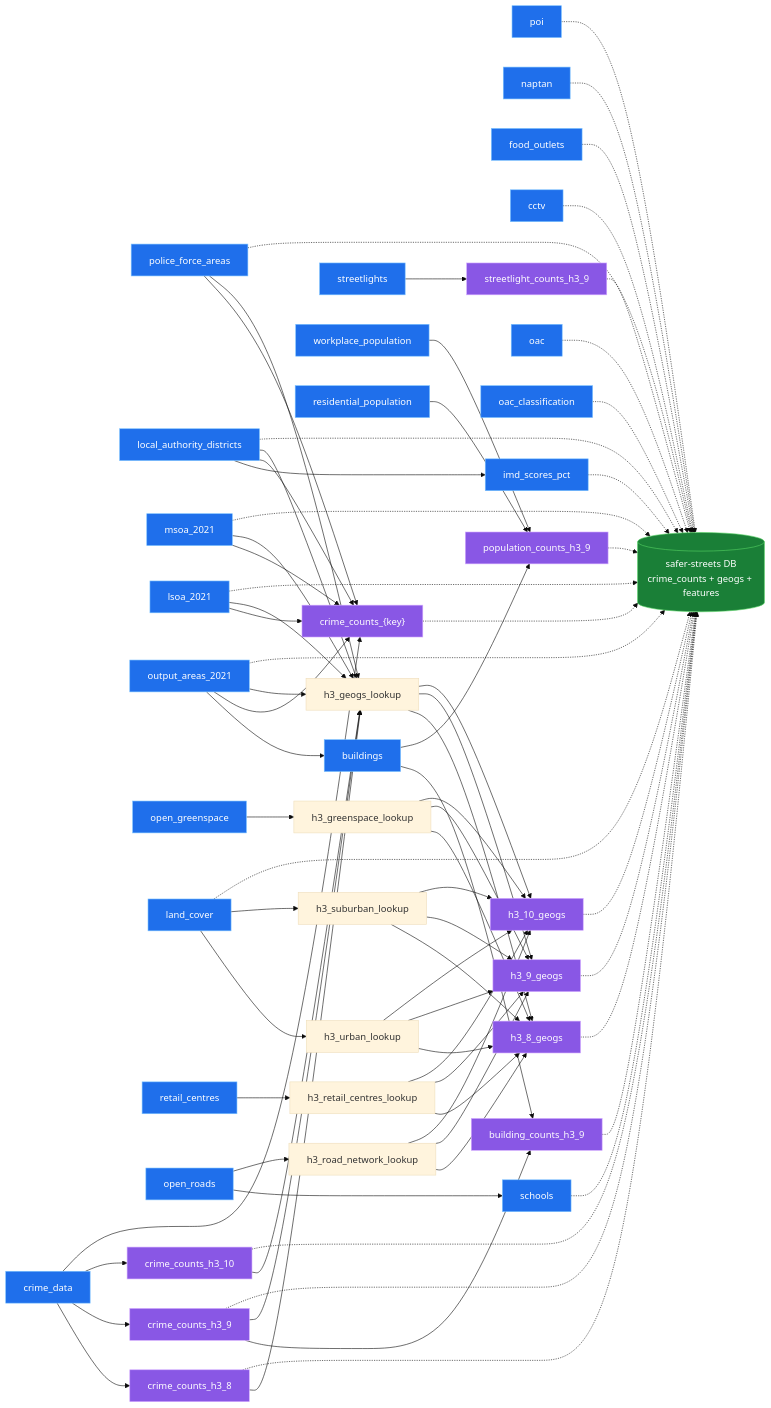
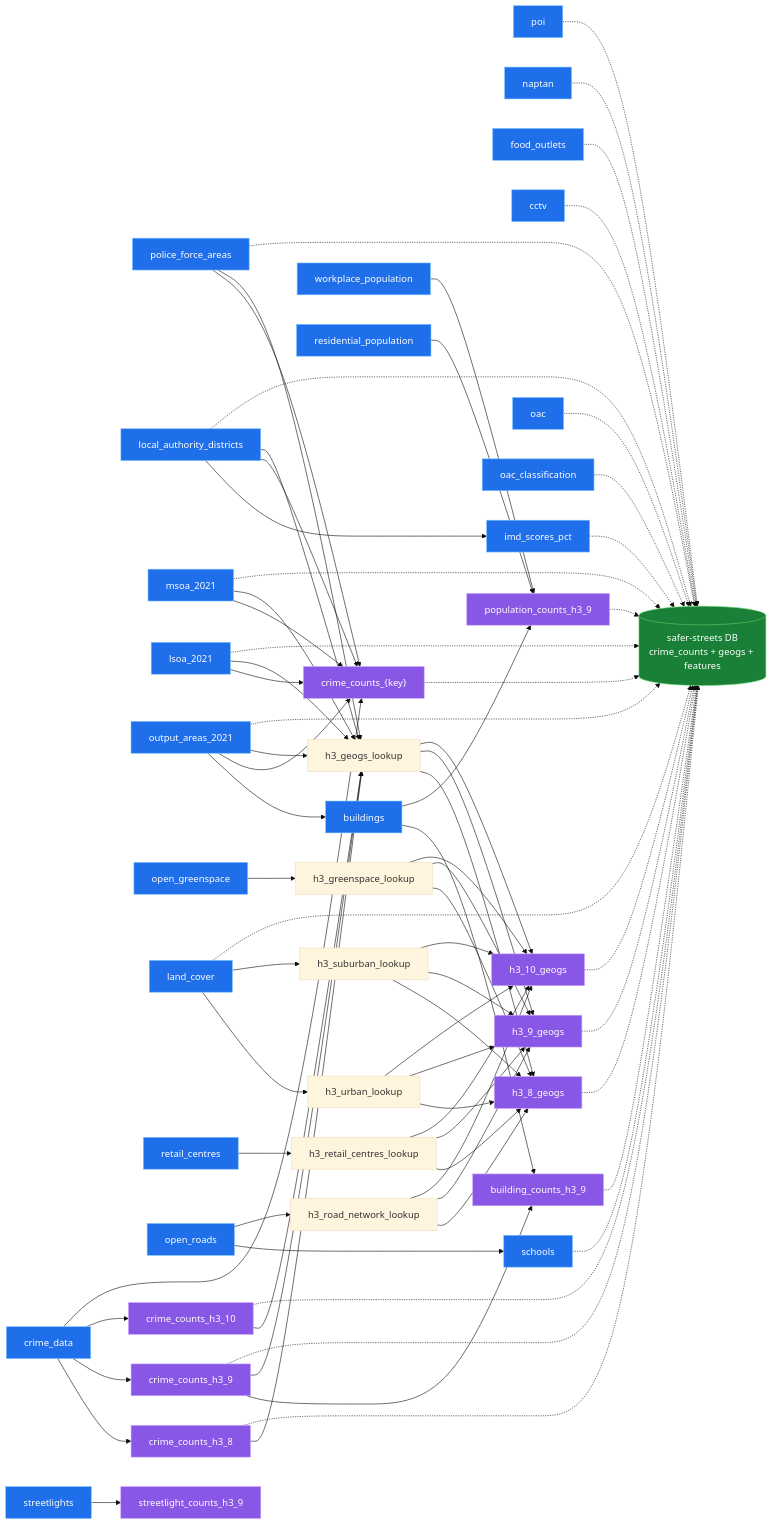
The diagram in README.md (safer-streets/safer-streets-tooling), drawn with Mermaid (base theme) before and after one commit. The commit also changed other lines of this file and 5 other files, not shown here.

```diff
--- a/README.md
+++ b/README.md
@@ -149,7 +153,6 @@
     crime_counts_h3_9 -.-> database
     crime_counts_h3_10 -.-> database
     crime_counts_geog -.-> database
-    streetlight_counts_h3_9 -.-> database
     building_counts_h3_9 -.-> database
     population_counts_h3_9 -.-> database
     h3_8_geogs -.-> database
```
